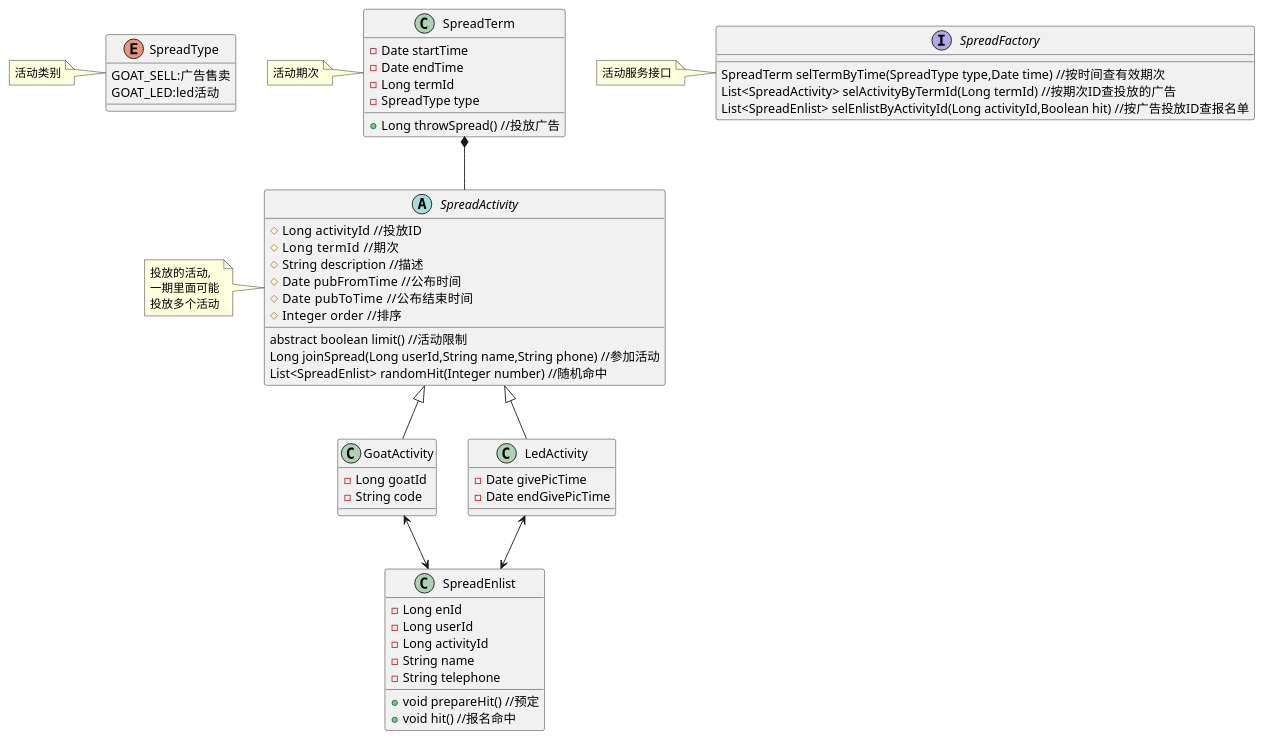
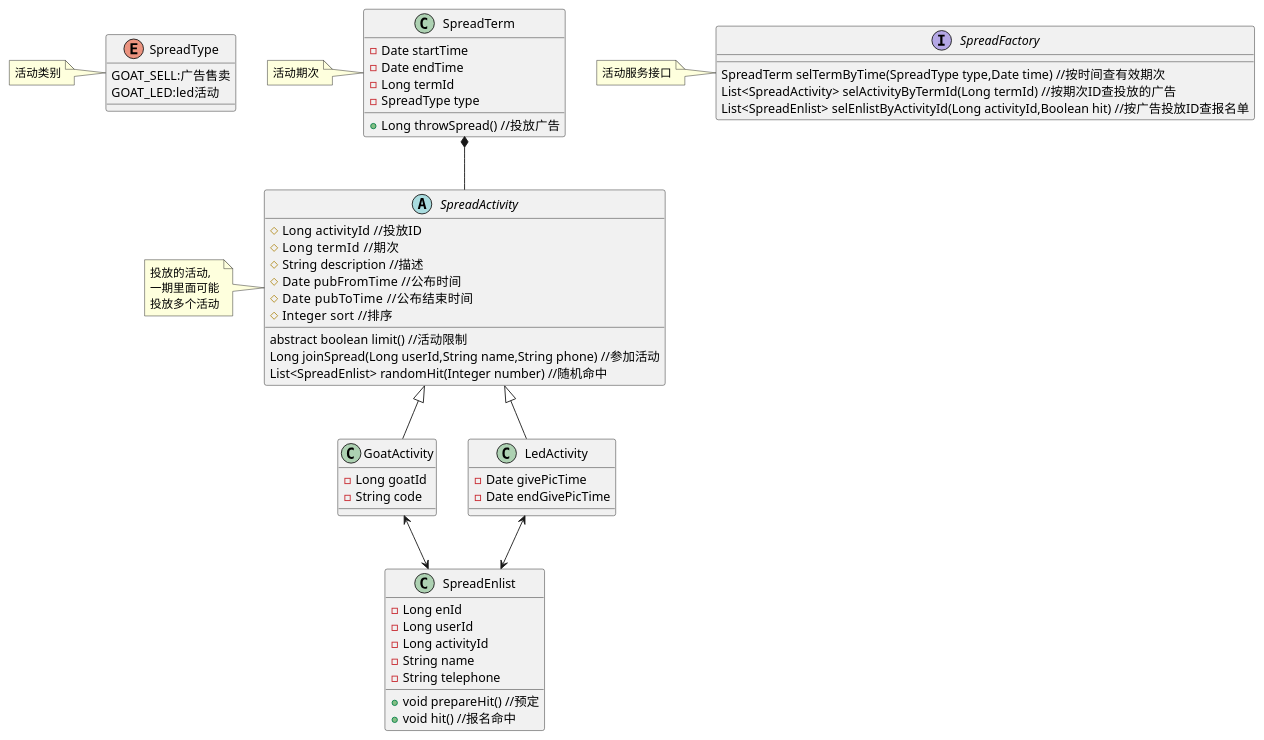
Before and after one commit to pogy/main-pom: the diagram in main4-spread/main4-spread-api/src/main/resources/spread_class.puml, drawn with PlantUML.

Commit message:
uml设计

```diff
--- a/main4-spread/main4-spread-api/src/main/resources/spread_class.puml
+++ b/main4-spread/main4-spread-api/src/main/resources/spread_class.puml
@@ -1,74 +1,74 @@
 @startuml
 
 enum SpreadType{
 GOAT_SELL:广告售卖
 GOAT_LED:led活动
 }
 
 note left of SpreadType:活动类别
 
 class SpreadTerm{
 -Date startTime
 -Date endTime
 -Long termId
 -SpreadType type
 
 +Long throwSpread() //投放广告
 }
 
 note left of SpreadTerm:活动期次
 
 abstract class SpreadActivity{
 #Long activityId  //投放ID
 #Long termId   //期次
 #String description //描述
 #Date pubFromTime  //公布时间
 #Date pubToTime   //公布结束时间
-#Integer order  //排序
+#Integer sort  //排序
 
 abstract boolean limit() //活动限制
 Long joinSpread(Long userId,String name,String phone) //参加活动
 List<SpreadEnlist> randomHit(Integer number) //随机命中
 }
 
 note left of SpreadActivity:投放的活动,\n一期里面可能\n投放多个活动
 
 class GoatActivity{
 -Long goatId
 -String code
 }
 
 class LedActivity{
 -Date givePicTime
 -Date endGivePicTime
 }
 
 class SpreadEnlist{
 -Long enId
 -Long userId
 -Long activityId
 -String name
 -String telephone
 
 +void prepareHit() //预定
 +void hit() //报名命中
 }
 
 interface SpreadFactory{
 SpreadTerm selTermByTime(SpreadType type,Date time) //按时间查有效期次
 List<SpreadActivity> selActivityByTermId(Long termId) //按期次ID查投放的广告
 List<SpreadEnlist> selEnlistByActivityId(Long activityId,Boolean hit) //按广告投放ID查报名单
 
 }
 
 note left of SpreadFactory:活动服务接口
 SpreadActivity <|-- GoatActivity
 
 SpreadActivity <|-- LedActivity
 
 SpreadTerm *-- SpreadActivity
 
 GoatActivity <--> SpreadEnlist
 LedActivity <--> SpreadEnlist
 
 @enduml
```
